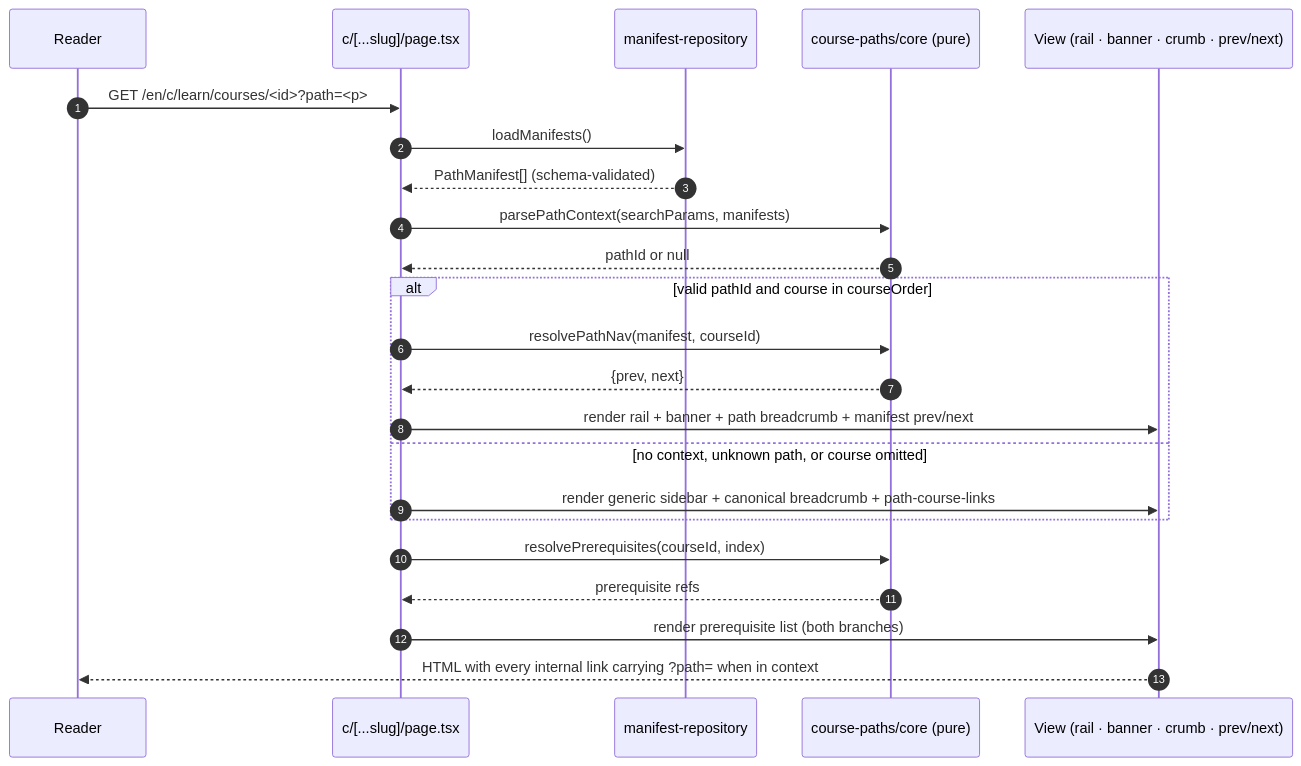
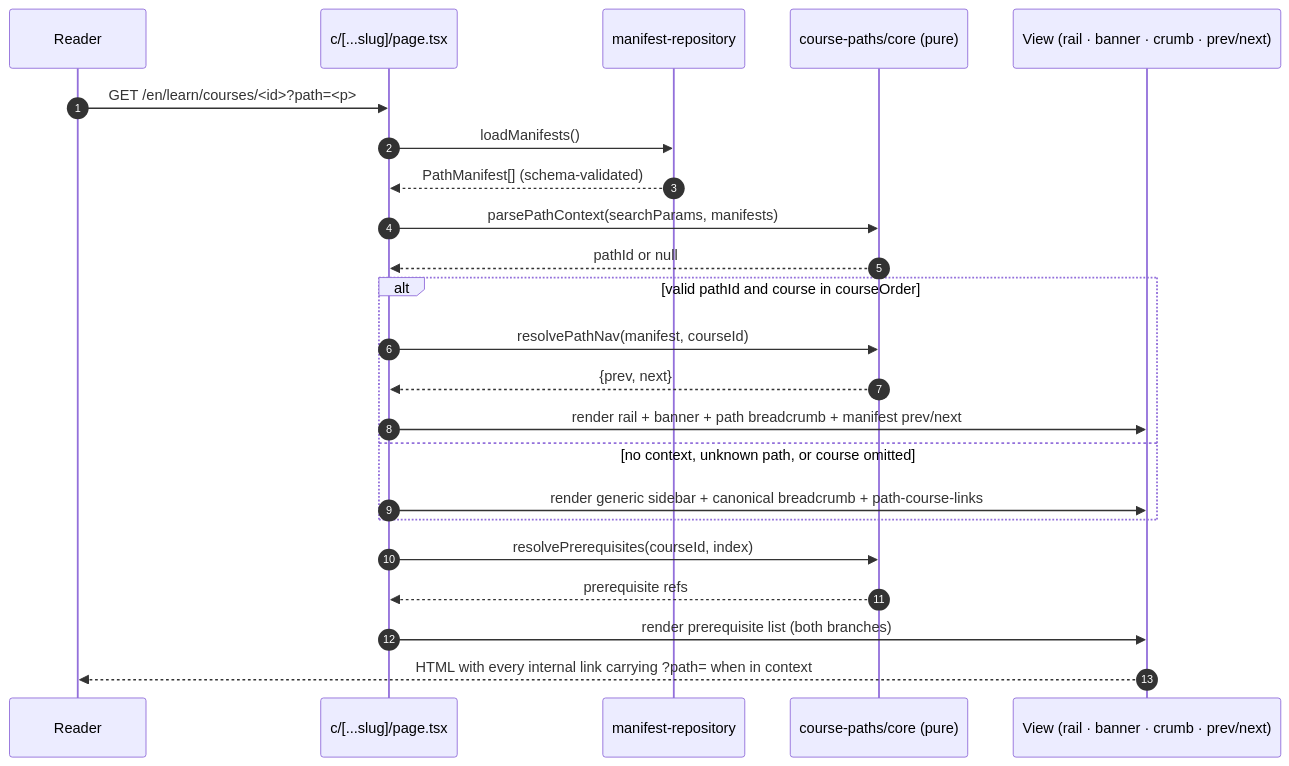
One commit to wahidyankf/baseerah changed the second of 4 diagrams in plans/backlog/ayokoding-learning-path-03-navigation-ui/tech-docs.md. Above: the diagram before and after it, drawn with Mermaid. The commit also changed other lines of this file and 77 other files, not shown here.

````diff
--- a/plans/backlog/ayokoding-learning-path-03-navigation-ui/tech-docs.md
+++ b/plans/backlog/ayokoding-learning-path-03-navigation-ui/tech-docs.md
@@ -157,27 +193,27 @@
 ```mermaid
 %% Sequence for a course request carrying a path context, end to end.
 sequenceDiagram
     autonumber
     participant R as Reader
     participant P as c/[...slug]/page.tsx
     participant M as manifest-repository
     participant C as course-paths/core (pure)
     participant V as View (rail · banner · crumb · prev/next)
 
-    R->>P: GET /en/c/learn/courses/<id>?path=<p>
+    R->>P: GET /en/learn/courses/<id>?path=<p>
     P->>M: loadManifests()
     M-->>P: PathManifest[] (schema-validated)
     P->>C: parsePathContext(searchParams, manifests)
     C-->>P: pathId or null
     alt valid pathId and course in courseOrder
         P->>C: resolvePathNav(manifest, courseId)
         C-->>P: {prev, next}
         P->>V: render rail + banner + path breadcrumb + manifest prev/next
     else no context, unknown path, or course omitted
         P->>V: render generic sidebar + canonical breadcrumb + path-course-links
     end
     P->>C: resolvePrerequisites(courseId, index)
     C-->>P: prerequisite refs
     P->>V: render prerequisite list (both branches)
     V-->>R: HTML with every internal link carrying ?path= when in context
 ```
````
